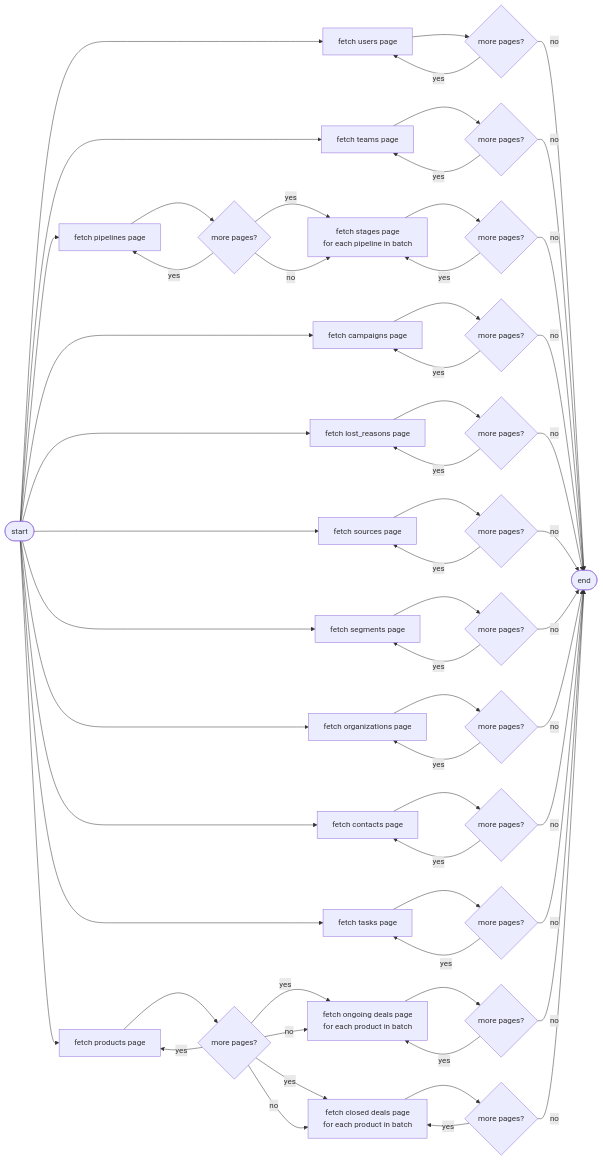
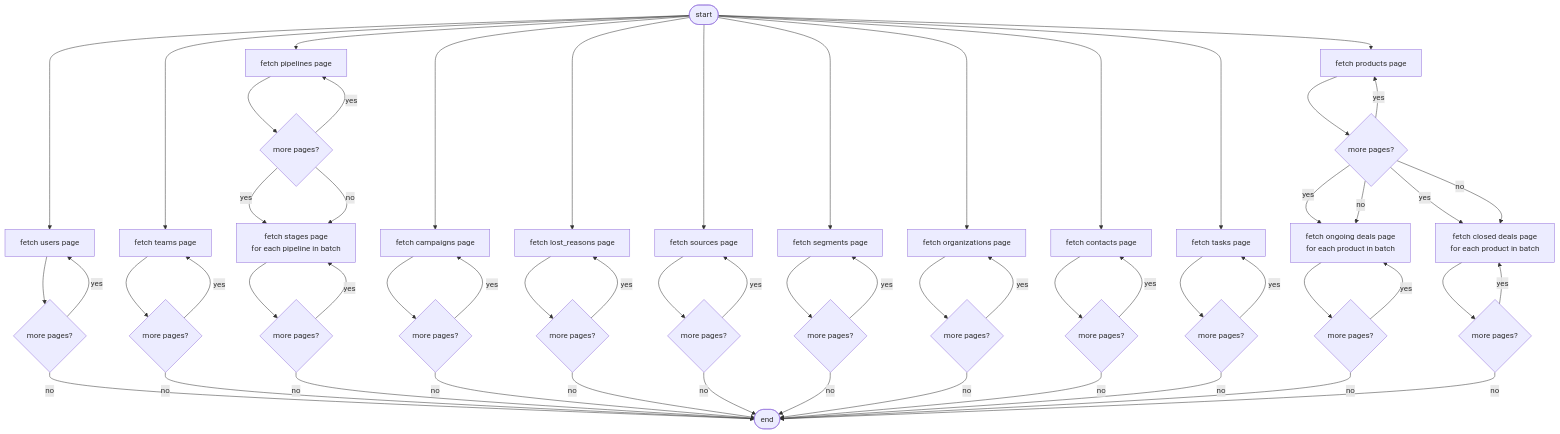
Before and after one commit to hcubasd/improved-doodle: the diagram in README.md, drawn with Mermaid.

Commit message:
Fix mermaid syntax in README for flowchart

````diff
--- a/README.md
+++ b/README.md
@@ -9,75 +9,75 @@
 ```mermaid
-flowchart LR
+flowchart
     S([start])
 
     S --> U[fetch users page]
     S --> T[fetch teams page]
     S --> PL[fetch pipelines page]
     S --> CA[fetch campaigns page]
     S --> LR[fetch lost_reasons page]
     S --> SO[fetch sources page]
     S --> SE[fetch segments page]
     S --> OR[fetch organizations page]
     S --> CO[fetch contacts page]
     S --> TA[fetch tasks page]
     S --> PR[fetch products page]
 
     U --> PU{more pages?}
     PU -- yes --> U
     PU -- no --> E([end])
 
     T --> PT{more pages?}
     PT -- yes --> T
     PT -- no --> E
 
     PL --> PPL{more pages?}
     PPL -- yes --> PL
     PPL -- yes --> STG[fetch stages page\nfor each pipeline in batch]
     PPL -- no --> STG
     STG --> PSTG{more pages?}
     PSTG -- yes --> STG
     PSTG -- no --> E
 
     CA --> PCA{more pages?}
     PCA -- yes --> CA
     PCA -- no --> E
 
     LR --> PLR{more pages?}
     PLR -- yes --> LR
     PLR -- no --> E
 
     SO --> PSO{more pages?}
     PSO -- yes --> SO
     PSO -- no --> E
 
     SE --> PSE{more pages?}
     PSE -- yes --> SE
     PSE -- no --> E
 
     OR --> POR{more pages?}
     POR -- yes --> OR
     POR -- no --> E
 
     CO --> PCO{more pages?}
     PCO -- yes --> CO
     PCO -- no --> E
 
     TA --> PTA{more pages?}
     PTA -- yes --> TA
     PTA -- no --> E
 
     PR --> PPR{more pages?}
     PPR -- yes --> PR
     PPR -- yes --> OND[fetch ongoing deals page\nfor each product in batch]
     PPR -- yes --> CLD[fetch closed deals page\nfor each product in batch]
     PPR -- no --> OND
     PPR -- no --> CLD
 
     OND --> POND{more pages?}
     POND -- yes --> OND
     POND -- no --> E
 
     CLD --> PCLD{more pages?}
     PCLD -- yes --> CLD
     PCLD -- no --> E
 ```
````
